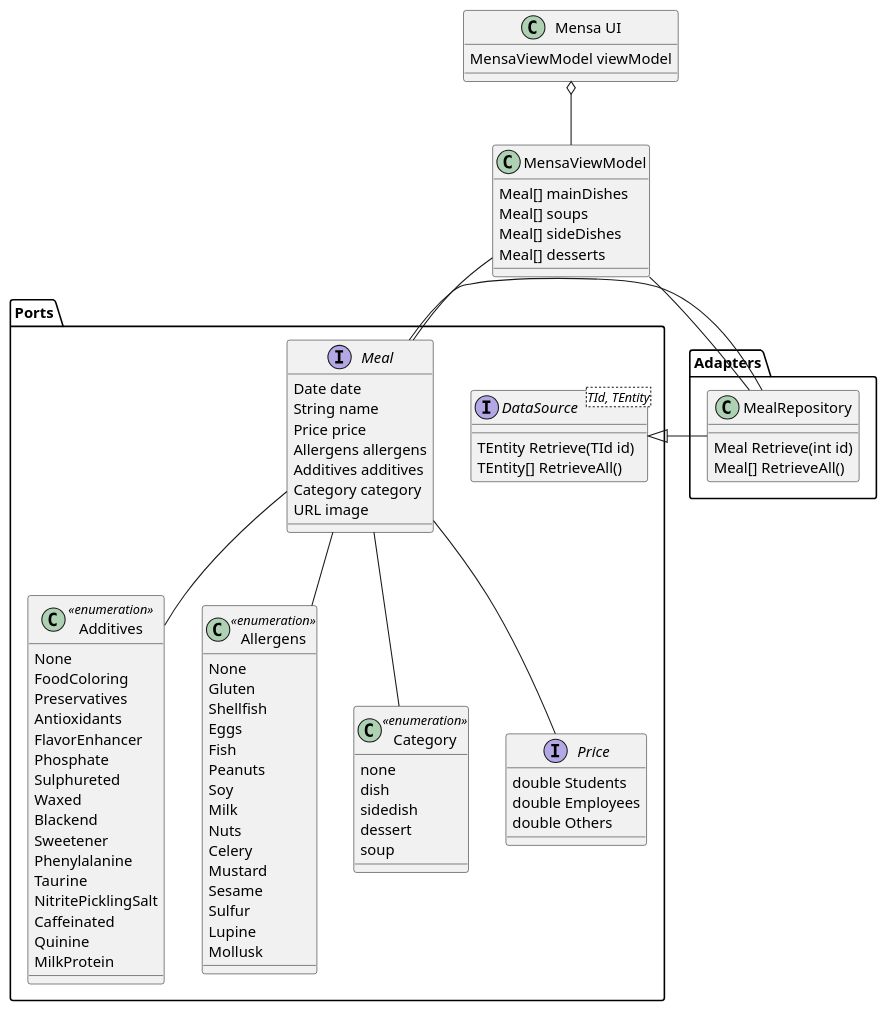
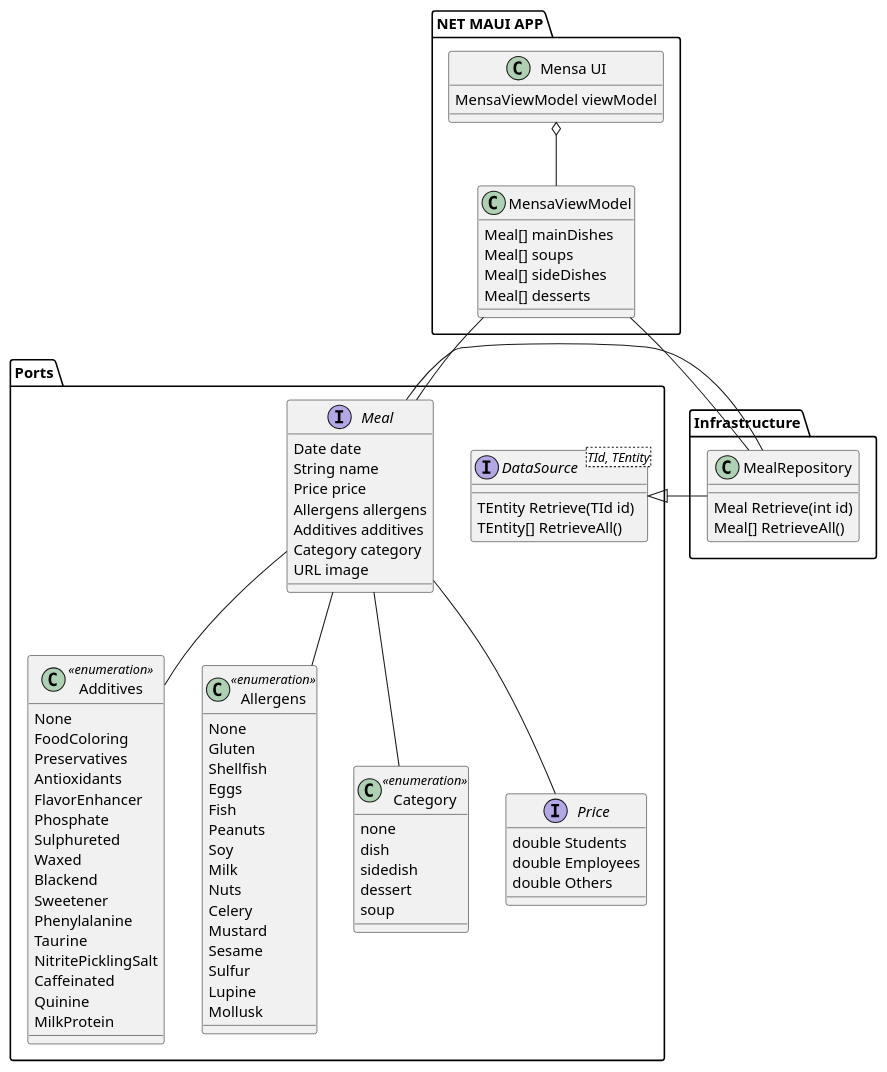
One commit to RobinNunkesser/plantuml changed the diagram in BausteineMensa.pu. Above: the diagram before and after it, drawn with PlantUML. The commit also changed 2 other files, not shown here.

```diff
--- a/BausteineMensa.pu
+++ b/BausteineMensa.pu
@@ -1,102 +1,103 @@
 @startuml
 
 package Ports {
 		interface DataSource<TId, TEntity> {
 		TEntity Retrieve(TId id)
 		TEntity[] RetrieveAll()
 	}
 
 	class Additives << enumeration >> {
         None
         FoodColoring
         Preservatives
         Antioxidants
         FlavorEnhancer
         Phosphate
         Sulphureted
         Waxed
         Blackend
         Sweetener
         Phenylalanine
         Taurine
         NitritePicklingSalt
         Caffeinated
         Quinine
         MilkProtein
 	}
 
 	class Allergens << enumeration >> {
         None
         Gluten
         Shellfish
         Eggs
         Fish
         Peanuts
         Soy
         Milk
         Nuts
         Celery
         Mustard
         Sesame
         Sulfur
         Lupine
         Mollusk
     }
 
 	class Category << enumeration >> {
 		none
 		dish
 		sidedish
 		dessert
 		soup
 	}
 
 	interface Meal {
 		{field} Date date
 		{field} String name
 		{field} Price price
 		{field} Allergens allergens
 		{field} Additives additives
 		{field} Category category
 		{field} URL image		
 	}
 
 	interface Price {
 		double Students
 		double Employees
 		double Others
 	}
 
 }
 
-package Adapters {
+package Infrastructure {
         class MealRepository {
         Meal Retrieve(int id)
         Meal[] RetrieveAll()        
         }
 
 }
 
-
+package ".NET MAUI APP" {
 class "Mensa UI" as MensaView {
 	MensaViewModel viewModel
 }
 class MensaViewModel {
 	Meal[] mainDishes
 	Meal[] soups
 	Meal[] sideDishes
 	Meal[] desserts
+}
 }
 
 
 Meal -- Category
 Meal -- Allergens
 Meal -- Additives
 Meal -- Price
 MensaView o-- MensaViewModel
 MealRepository -- Meal
 MensaViewModel -- MealRepository
 MensaViewModel -- Meal
 DataSource <|-- MealRepository
 
 @enduml
```
